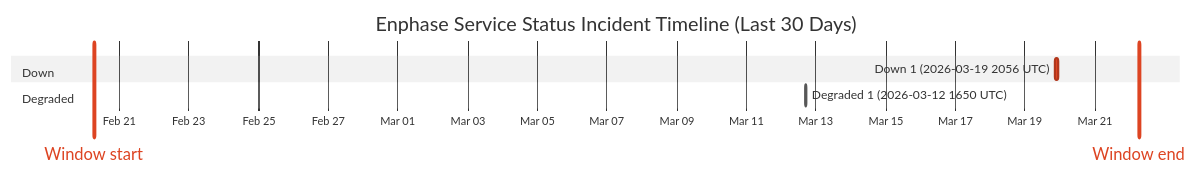
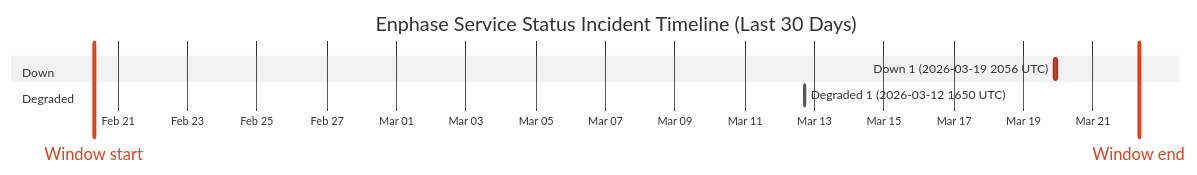
Before and after one commit to barneyonline/ha-enphase-ev-charger: the diagram in wiki/Service-Status-History.md, drawn with Mermaid (neutral theme). The commit also changed other lines of this file and 3 other files, not shown here.

````diff
--- a/wiki/Service-Status-History.md
+++ b/wiki/Service-Status-History.md
@@ -14,12 +14,12 @@
 ```mermaid
 gantt
     title Enphase Service Status Incident Timeline (Last 30 Days)
     dateFormat  YYYY-MM-DDTHH:mm:ss
     axisFormat  %b %d
-    Window start :vert, window-start, 2026-02-20T06:38:44, 0ms
-    Window end :vert, window-end, 2026-03-22T06:38:44, 0ms
+    Window start :vert, window-start, 2026-02-20T07:32:13, 0ms
+    Window end :vert, window-end, 2026-03-22T07:32:13, 0ms
     section Down
     Down 1 (2026-03-19 2056 UTC) :crit, down-1, 2026-03-19T20:56:20, 145m
     section Degraded
     Degraded 1 (2026-03-12 1650 UTC) :active, degraded-1, 2026-03-12T16:50:43, 60m
 ```
````
